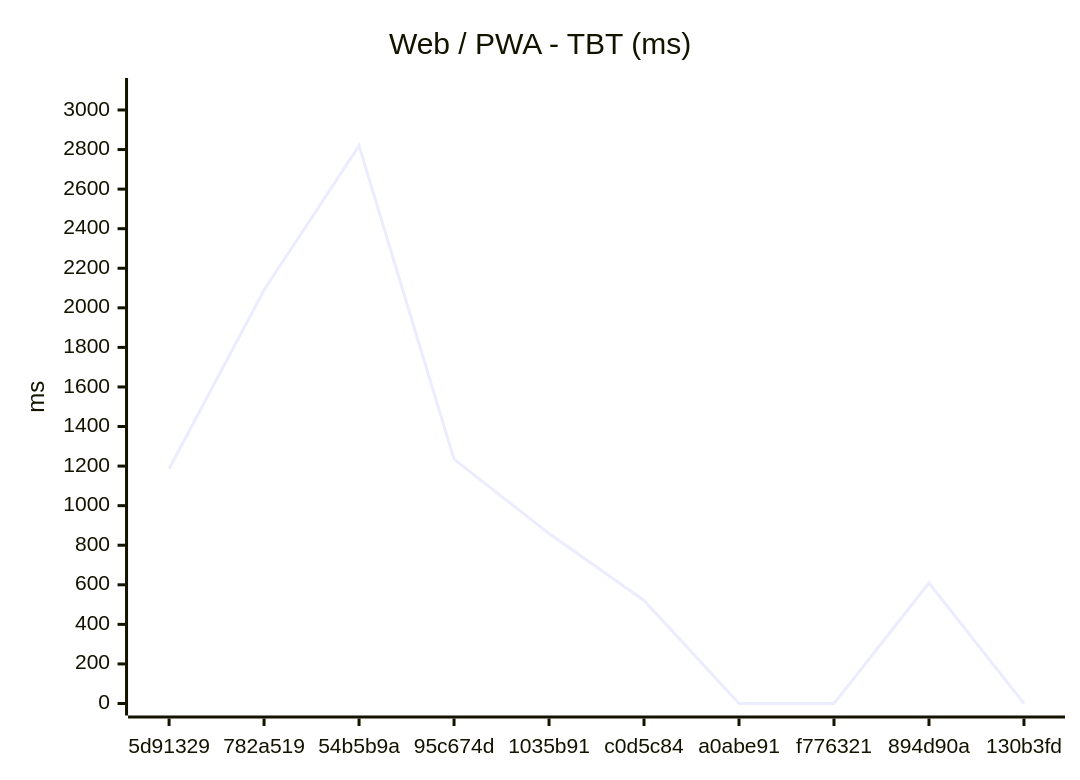
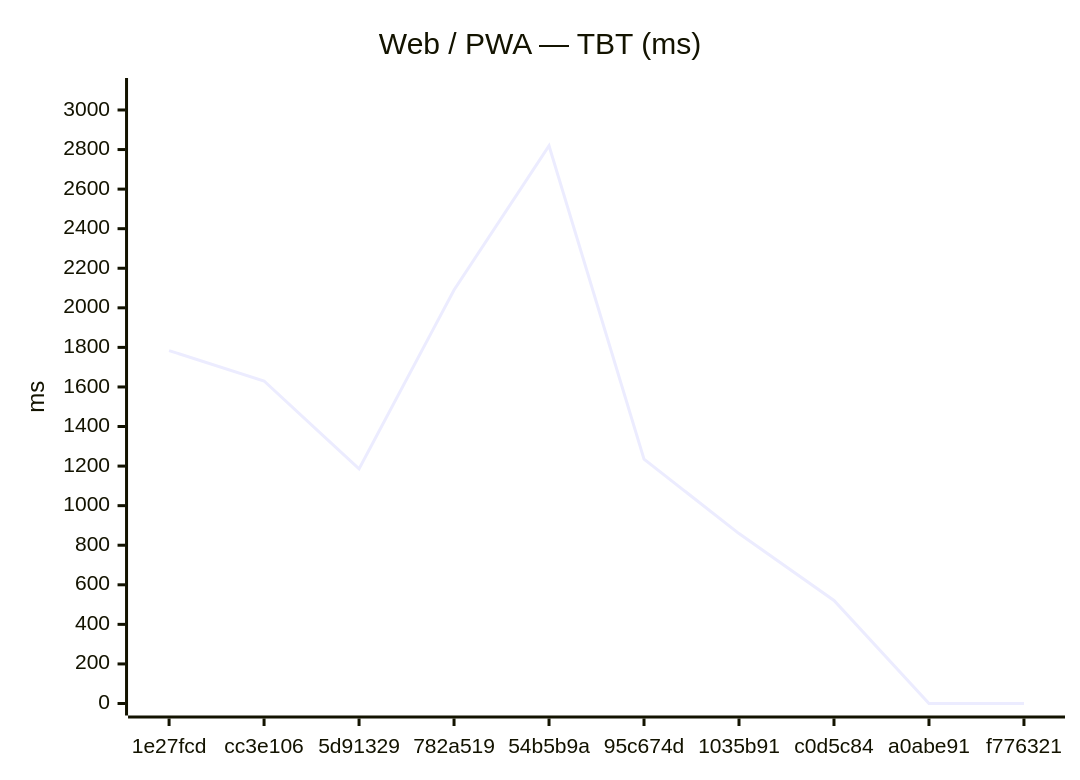
Before and after one commit to Metaheurist/Rianell: the second of 18 diagrams in benchmarks/compare.md, drawn with Mermaid. The commit also changed other lines of this file and 12 other files, not shown here.

````diff
--- a/benchmarks/compare.md
+++ b/benchmarks/compare.md
@@ -31,7 +31,7 @@
 ```mermaid
 xychart-beta
-    title "Web / PWA - TBT (ms)"
-    x-axis ["5d91329", "782a519", "54b5b9a", "95c674d", "1035b91", "c0d5c84", "a0abe91", "f776321", "894d90a", "130b3fd"]
+    title "Web / PWA — TBT (ms)"
+    x-axis ["1e27fcd", "cc3e106", "5d91329", "782a519", "54b5b9a", "95c674d", "1035b91", "c0d5c84", "a0abe91", "f776321"]
     y-axis "ms" 0 --> 3101
-    line [1186, 2090, 2819, 1235, 859, 521, 0, 0, 609, 0]
+    line [1784, 1630, 1186, 2090, 2819, 1235, 859, 521, 0, 0]
 ```
````
